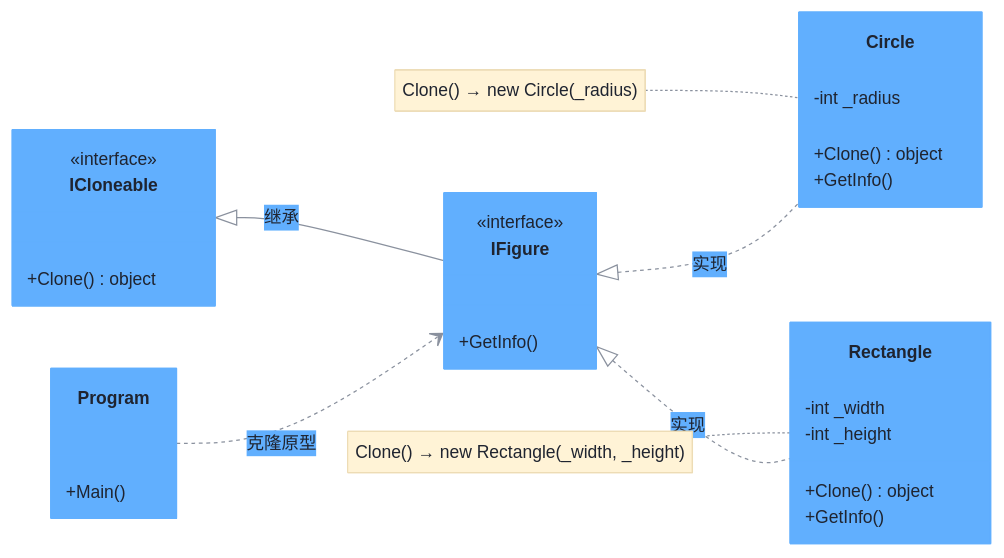
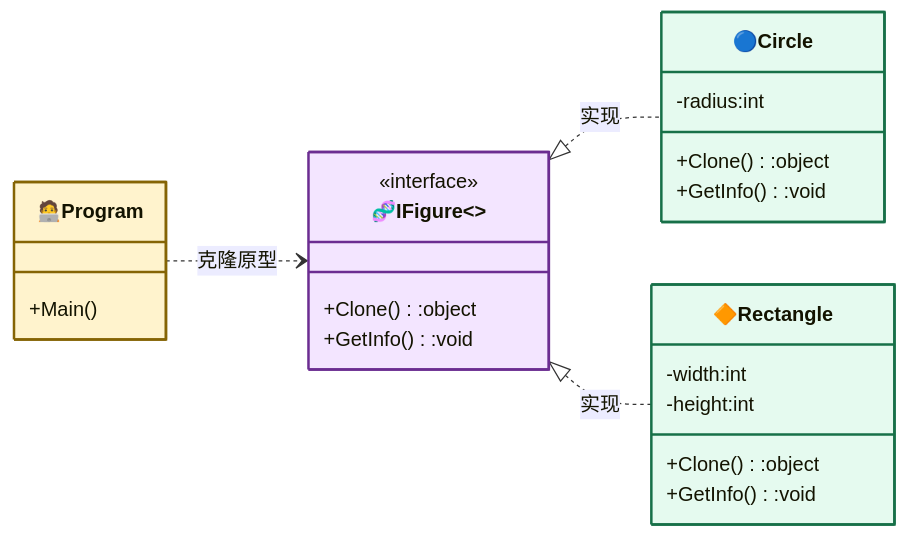
One commit to hollson/design_patterns changed the diagram in PrototypePattern/README.md. Above: the diagram before and after it, drawn with Mermaid. The commit also changed other lines of this file and 19 other files, not shown here.

Commit message:
docs: refactor mermaid diagrams to basic GoF model style for all 20 design patterns

````diff
--- a/PrototypePattern/README.md
+++ b/PrototypePattern/README.md
@@ -19,34 +30,33 @@
 ```mermaid
-%%{init: {"theme": "base", "themeVariables": {"primaryColor": "#61affe", "primaryTextColor": "#1f2430", "primaryBorderColor": "#61affe", "lineColor": "#8a919e", "secondaryColor": "#eaf2fb", "tertiaryColor": "#f5f7fa", "noteBkgColor": "#fff3d6", "noteTextColor": "#1f2430", "fontSize": "14px"}}}%%
+%%{init: {"classDiagram": {"useMarkdownLabels": true}} }%%
 classDiagram
     direction LR
-    class ICloneable {
+
+    class Prototype["🧬IFigure<<interface>>"]:::strategyCls{
         <<interface>>
-        +Clone() object
+        +Clone():object
+        +GetInfo():void
     }
-    class IFigure {
-        <<interface>>
-        +GetInfo()
+    class ConcretePrototype["🔵Circle"]:::concreteCls{
+        -radius:int
+        +Clone():object
+        +GetInfo():void
     }
-    class Circle {
-        -int _radius
-        +Clone() object
-        +GetInfo()
+    class ConcretePrototype2["🔶Rectangle"]:::concreteCls{
+        -width:int
+        -height:int
+        +Clone():object
+        +GetInfo():void
     }
-    class Rectangle {
-        -int _width
-        -int _height
-        +Clone() object
-        +GetInfo()
-    }
-    class Program {
+    class Client["🧑‍💻Program"]:::contextCls{
         +Main()
     }
 
-    ICloneable <|-- IFigure : 继承
-    IFigure <|.. Circle : 实现
-    IFigure <|.. Rectangle : 实现
-    Program ..> IFigure : 克隆原型
-    note for Circle "Clone() → new Circle(_radius)"
-    note for Rectangle "Clone() → new Rectangle(_width, _height)"
+    Prototype <|.. ConcretePrototype : 实现
+    Prototype <|.. ConcretePrototype2 : 实现
+    Client ..> Prototype : 克隆原型
+
+    classDef contextCls fill:#fff3cd,stroke:#856404,stroke-width:2px
+    classDef strategyCls fill:#f3e5ff,stroke:#6b2d91,stroke-width:2px
+    classDef concreteCls fill:#e5faef,stroke:#177048,stroke-width:2px
 ```
````
